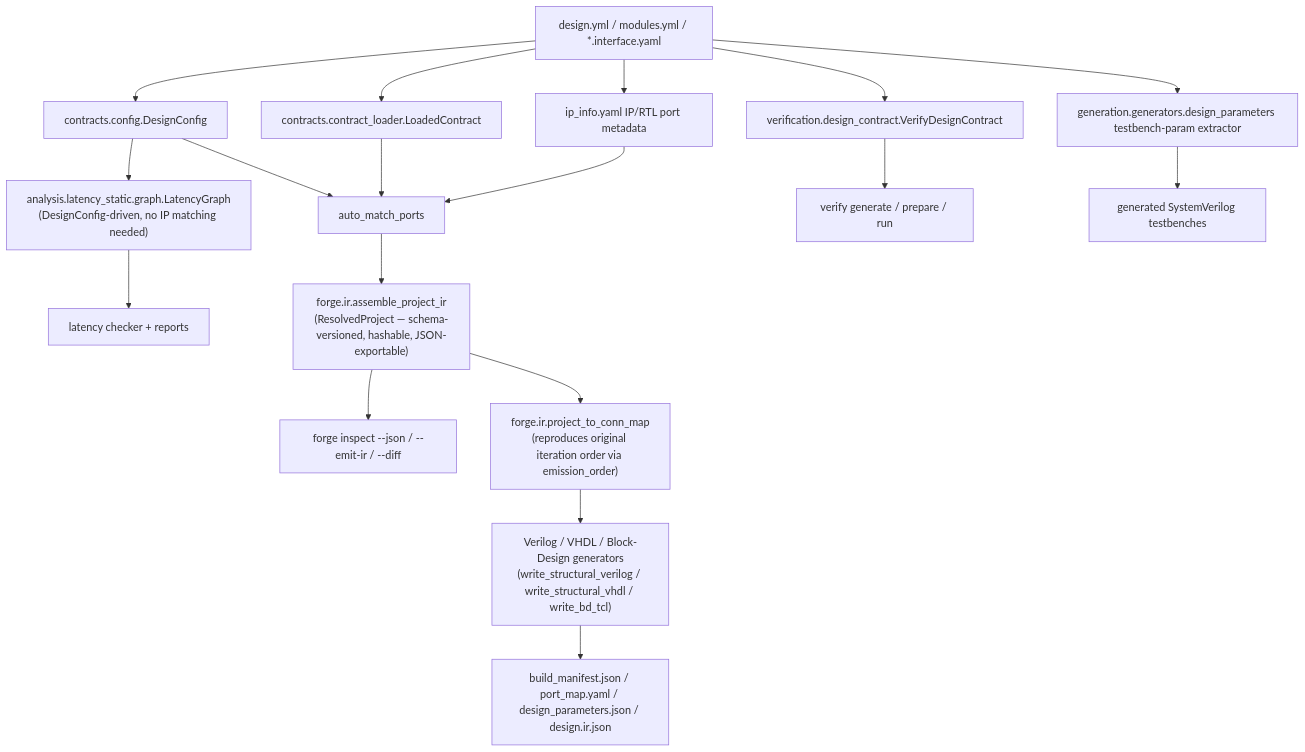
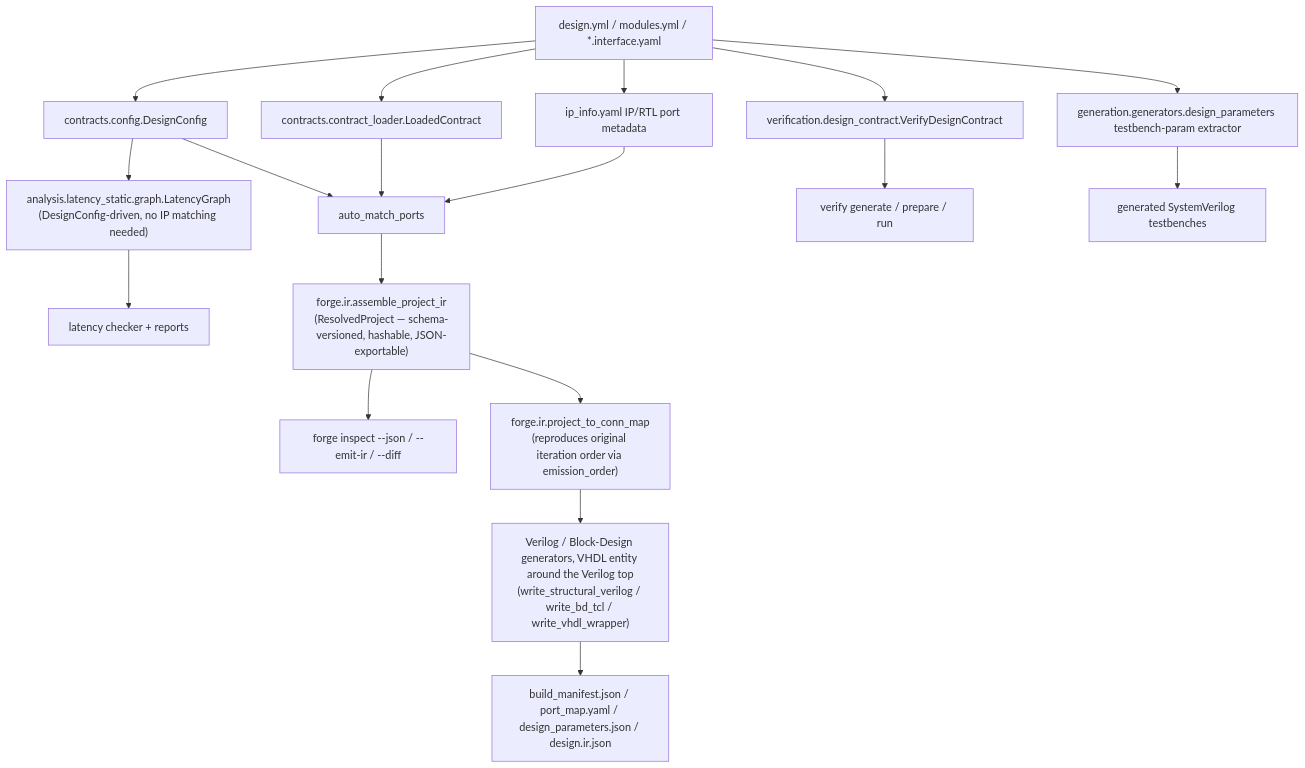
The diagram in README.md (pleguina/forge), drawn with Mermaid before and after one commit. The commit also changed 16 other files, not shown here.

First line of the commit message:
--mode vhdl: a VHDL entity around the structural Verilog top

````diff
--- a/README.md
+++ b/README.md
@@ -57,25 +57,25 @@
 ```mermaid
 flowchart TD
     design[design.yml / modules.yml / *.interface.yaml]
 
     design --> DesignConfig[contracts.config.DesignConfig]
     design --> LoadedContract[contracts.contract_loader.LoadedContract]
     design --> IpInfo[ip_info.yaml IP/RTL port metadata]
     design --> VerifyContract[verification.design_contract.VerifyDesignContract]
     design --> TBParams[generation.generators.design_parameters testbench-param extractor]
 
     DesignConfig --> LatencyGraph["analysis.latency_static.graph.LatencyGraph\n(DesignConfig-driven, no IP matching needed)"]
     DesignConfig --> Matching[auto_match_ports]
     LoadedContract --> Matching
     IpInfo --> Matching
 
     Matching --> IR["forge.ir.assemble_project_ir\n(ResolvedProject — schema-versioned, hashable, JSON-exportable)"]
     IR --> Inspect["forge inspect --json / --emit-ir / --diff"]
     IR --> Project["forge.ir.project_to_conn_map\n(reproduces original iteration order via emission_order)"]
-    Project --> Generators["Verilog / VHDL / Block-Design generators\n(write_structural_verilog / write_structural_vhdl / write_bd_tcl)"]
+    Project --> Generators["Verilog / Block-Design generators, VHDL entity around the Verilog top\n(write_structural_verilog / write_bd_tcl / write_vhdl_wrapper)"]
     Generators --> Manifests[build_manifest.json / port_map.yaml / design_parameters.json / design.ir.json]
 
     VerifyContract --> VerifyRun[verify generate / prepare / run]
     LatencyGraph --> LatencyReports[latency checker + reports]
     TBParams --> Testbenches[generated SystemVerilog testbenches]
 ```
````
